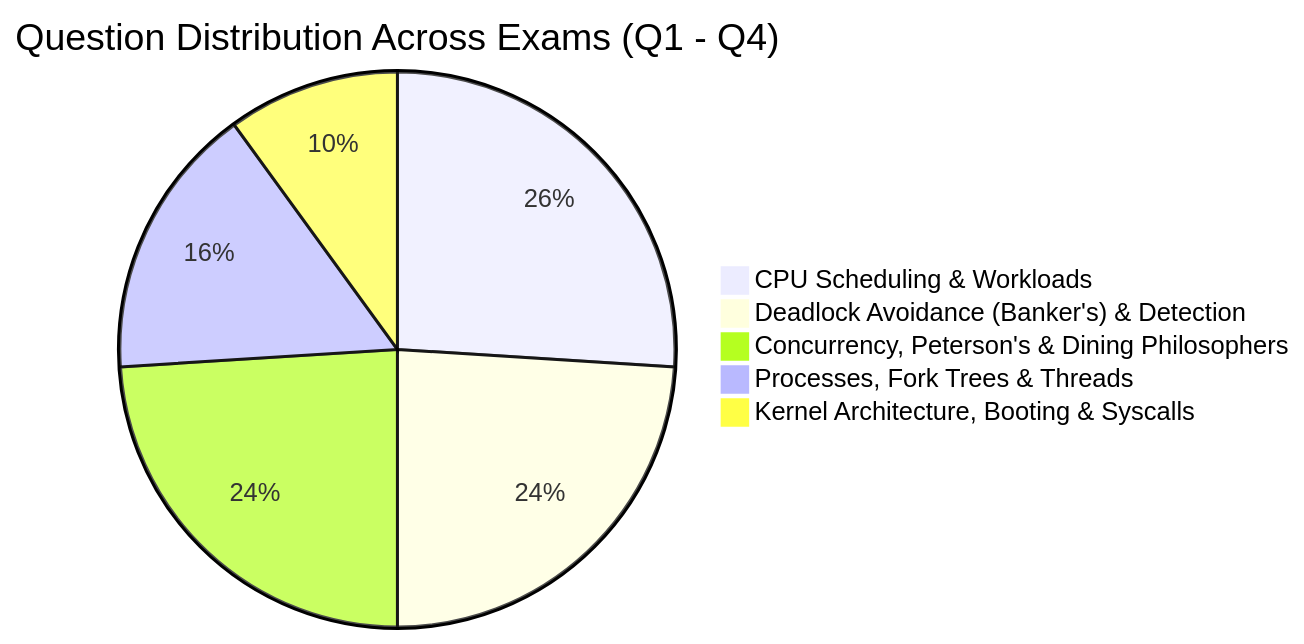
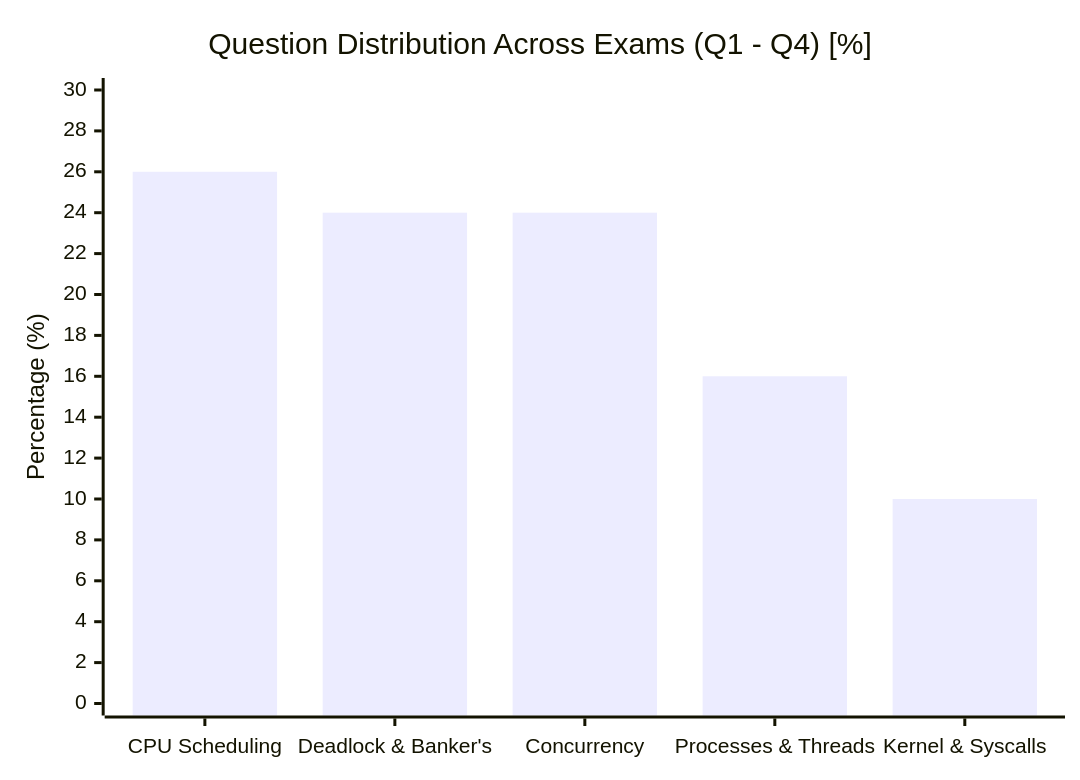
The diagram in cse313/03 - Maps/Exam Intelligence/Operating Systems Final Exam Intelligence (2017-2021).md (crispychip146/Obsidian-Study-Vault), drawn with Mermaid before and after one commit. The commit also changed 241 other files, not shown here.

````diff
--- a/cse313/03 - Maps/Exam Intelligence/Operating Systems Final Exam Intelligence (2017-2021).md
+++ b/cse313/03 - Maps/Exam Intelligence/Operating Systems Final Exam Intelligence (2017-2021).md
@@ -18,8 +18,7 @@
 ```mermaid
-pie title Question Distribution Across Exams (Q1 - Q4)
-    "CPU Scheduling & Workloads" : 26
-    "Deadlock Avoidance (Banker's) & Detection" : 24
-    "Concurrency, Peterson's & Dining Philosophers" : 24
-    "Processes, Fork Trees & Threads" : 16
-    "Kernel Architecture, Booting & Syscalls" : 10
+xychart-beta
+    title "Question Distribution Across Exams (Q1 - Q4) [%]"
+    x-axis ["CPU Scheduling", "Deadlock & Banker's", "Concurrency", "Processes & Threads", "Kernel & Syscalls"]
+    y-axis "Percentage (%)" 0 --> 30
+    bar [26, 24, 24, 16, 10]
 ```
````
